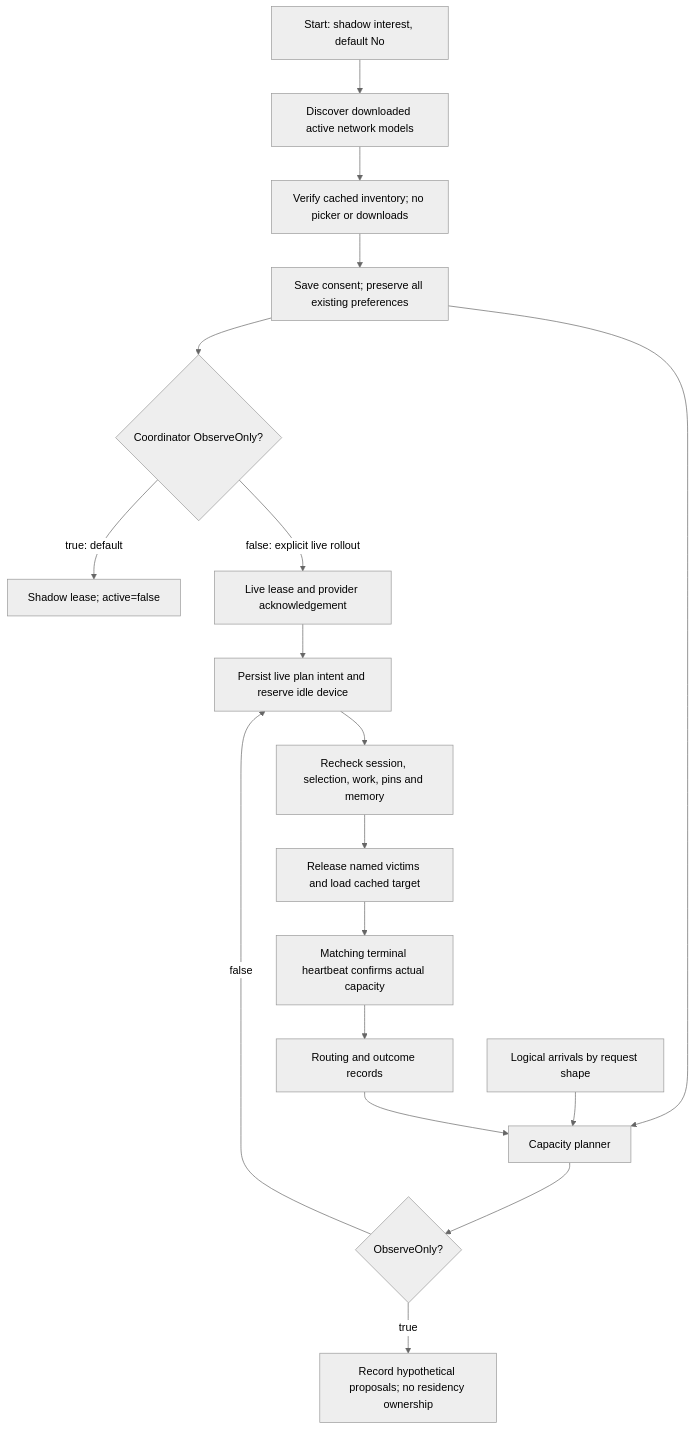
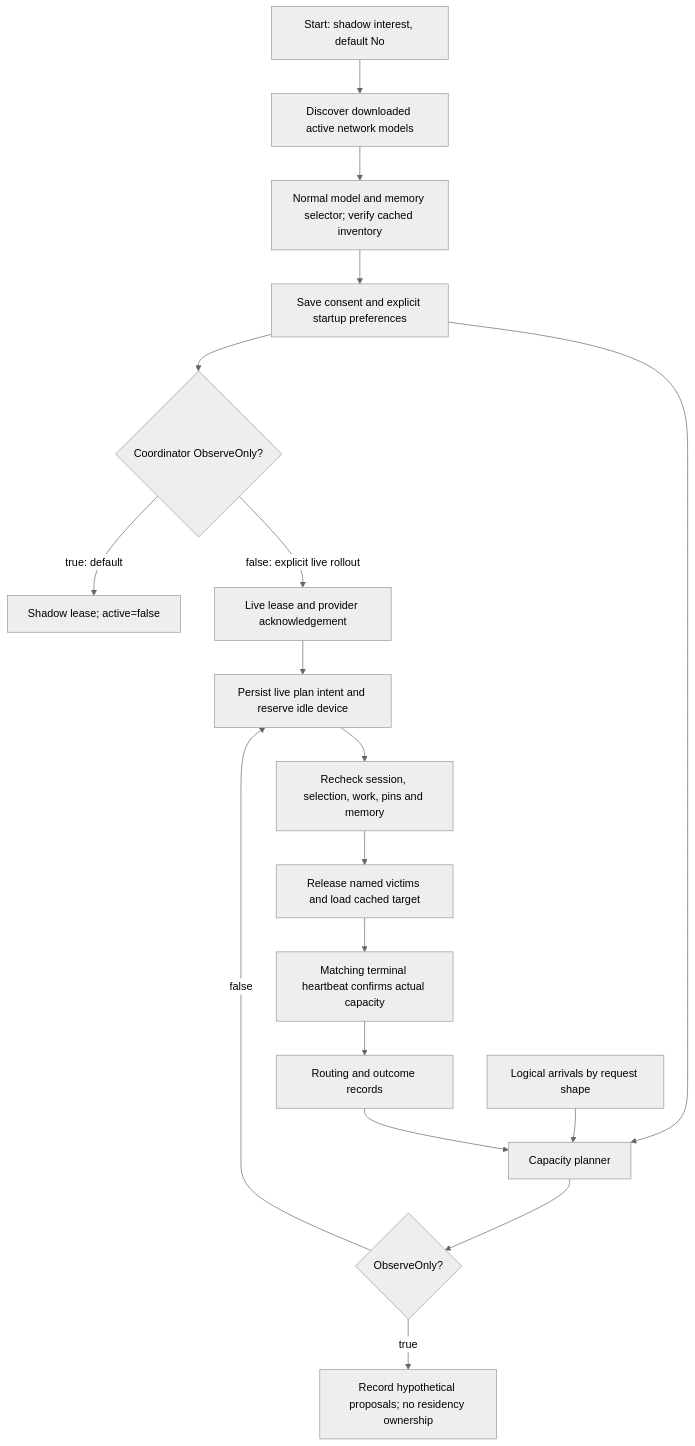
One commit to Gajesh2007/d-inference changed the diagram in docs/architecture/model-autopilot.md. Above: the diagram before and after it, drawn with Mermaid (neutral theme). The commit also changed other lines of this file and 29 other files, not shown here.

````diff
--- a/docs/architecture/model-autopilot.md
+++ b/docs/architecture/model-autopilot.md
@@ -20,20 +20,20 @@
 ```mermaid
 flowchart TD
   A["Start: shadow interest, default No"] --> B["Discover downloaded active network models"]
-  B --> C["Verify cached inventory; no picker or downloads"]
-  C --> D["Save consent; preserve all existing preferences"]
+  B --> C["Normal model and memory selector; verify cached inventory"]
+  C --> D["Save consent and explicit startup preferences"]
   D --> E{"Coordinator ObserveOnly?"}
   D --> G["Capacity planner"]
   F["Logical arrivals by request shape"] --> G["Capacity planner"]
   E -->|"true: default"| S["Shadow lease; active=false"]
   E -->|"false: explicit live rollout"| V["Live lease and provider acknowledgement"]
   V --> H
   G --> R{"ObserveOnly?"}
   R -->|"true"| P["Record hypothetical proposals; no residency ownership"]
   R -->|"false"| H["Persist live plan intent and reserve idle device"]
   H --> I["Recheck session, selection, work, pins and memory"]
   I --> J["Release named victims and load cached target"]
   J --> K["Matching terminal heartbeat confirms actual capacity"]
   K --> L["Routing and outcome records"]
   L --> G
 ```
````
